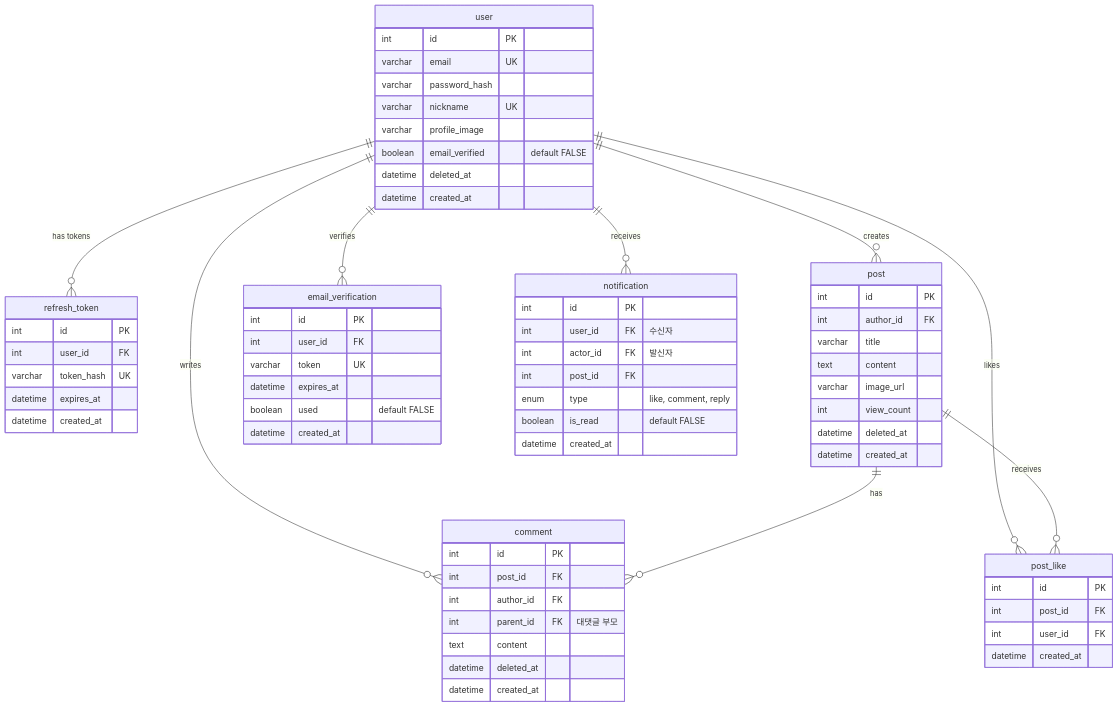
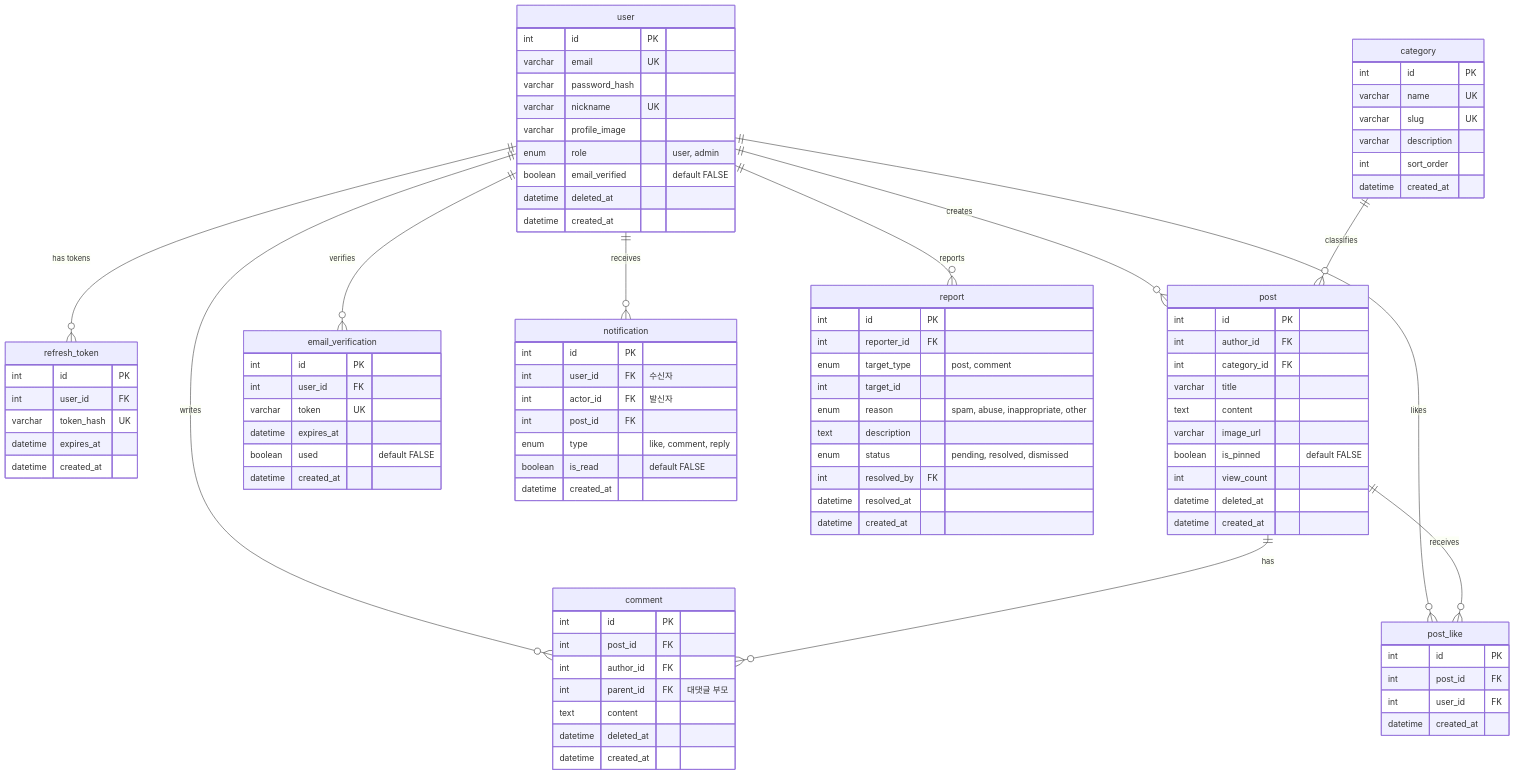
The second of 3 diagrams in README.md (revenantonthemission/2-cho-community-fe), drawn with Mermaid before and after one commit. The commit also changed other lines of this file and 29 other files, not shown here.

```diff
--- a/README.md
+++ b/README.md
@@ -74,8 +74,10 @@
     user ||--o{ post_like : "likes"
     user ||--o{ email_verification : "verifies"
     user ||--o{ notification : "receives"
+    user ||--o{ report : "reports"
     post ||--o{ comment : "has"
     post ||--o{ post_like : "receives"
+    category ||--o{ post : "classifies"
 
     user {
         int id PK
@@ -83,6 +85,7 @@
         varchar password_hash
         varchar nickname UK
         varchar profile_image
+        enum role "user, admin"
         boolean email_verified "default FALSE"
         datetime deleted_at
         datetime created_at
@@ -99,11 +102,35 @@
     post {
         int id PK
         int author_id FK
+        int category_id FK
         varchar title
         text content
         varchar image_url
+        boolean is_pinned "default FALSE"
         int view_count
         datetime deleted_at
+        datetime created_at
+    }
+
+    category {
+        int id PK
+        varchar name UK
+        varchar slug UK
+        varchar description
+        int sort_order
+        datetime created_at
+    }
+
+    report {
+        int id PK
+        int reporter_id FK
+        enum target_type "post, comment"
+        int target_id
+        enum reason "spam, abuse, inappropriate, other"
+        text description
+        enum status "pending, resolved, dismissed"
+        int resolved_by FK
+        datetime resolved_at
         datetime created_at
     }
 
```
